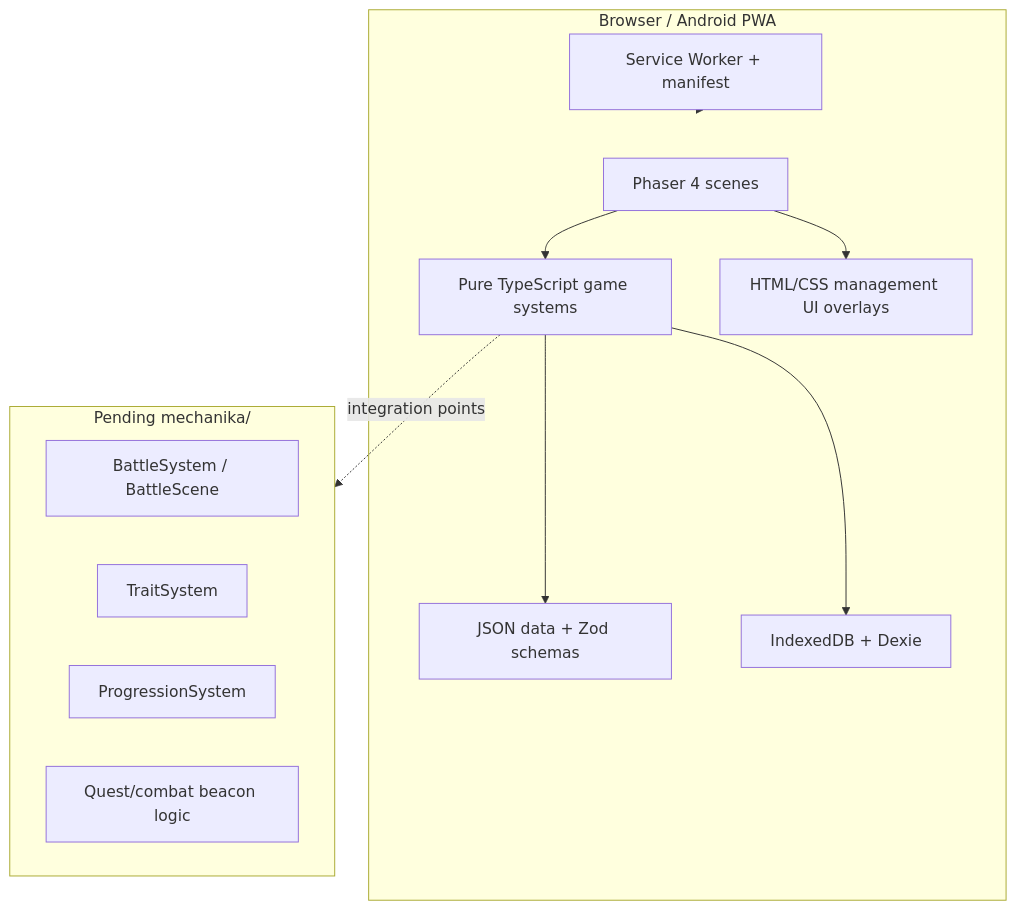
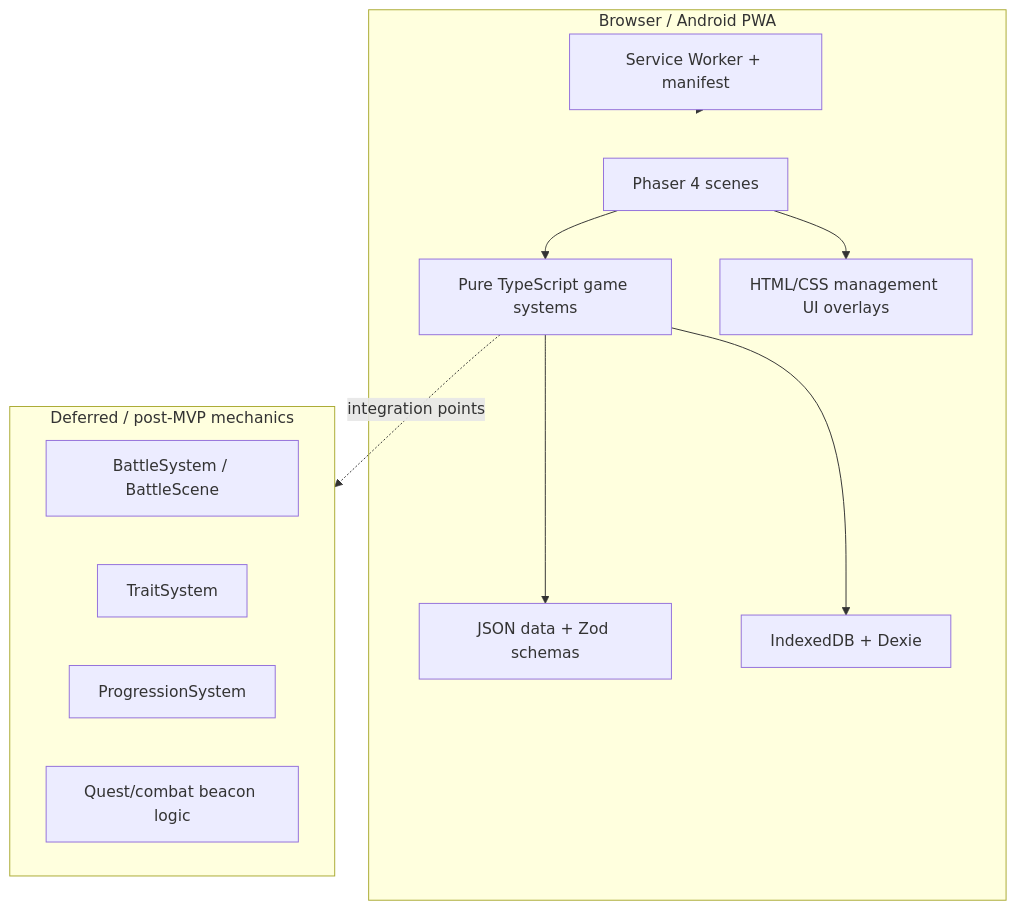
One commit to diwad-code/SpaceshipGame changed the diagram in docs/ARCHITECTURE.md. Above: the diagram before and after it, drawn with Mermaid. The commit also changed other lines of this file and 5 other files, not shown here.

````diff
--- a/docs/ARCHITECTURE.md
+++ b/docs/ARCHITECTURE.md
@@ -169,26 +169,26 @@
 ```mermaid
 graph TB
     subgraph App["Browser / Android PWA"]
         Phaser["Phaser 4 scenes"]
         Systems["Pure TypeScript game systems"]
         Data["JSON data + Zod schemas"]
         Storage["IndexedDB + Dexie"]
         PWA["Service Worker + manifest"]
         UI["HTML/CSS management UI overlays"]
     end
 
     Phaser --> Systems
     Phaser --> UI
     Systems --> Data
     Systems --> Storage
     PWA --> App
 
-    subgraph Future["Pending mechanika/"]
+    subgraph Future["Deferred / post-MVP mechanics"]
         Battle["BattleSystem / BattleScene"]
         Traits["TraitSystem"]
         Progression["ProgressionSystem"]
         Quest["Quest/combat beacon logic"]
     end
 
     Systems -. integration points .-> Future
 ```
````
